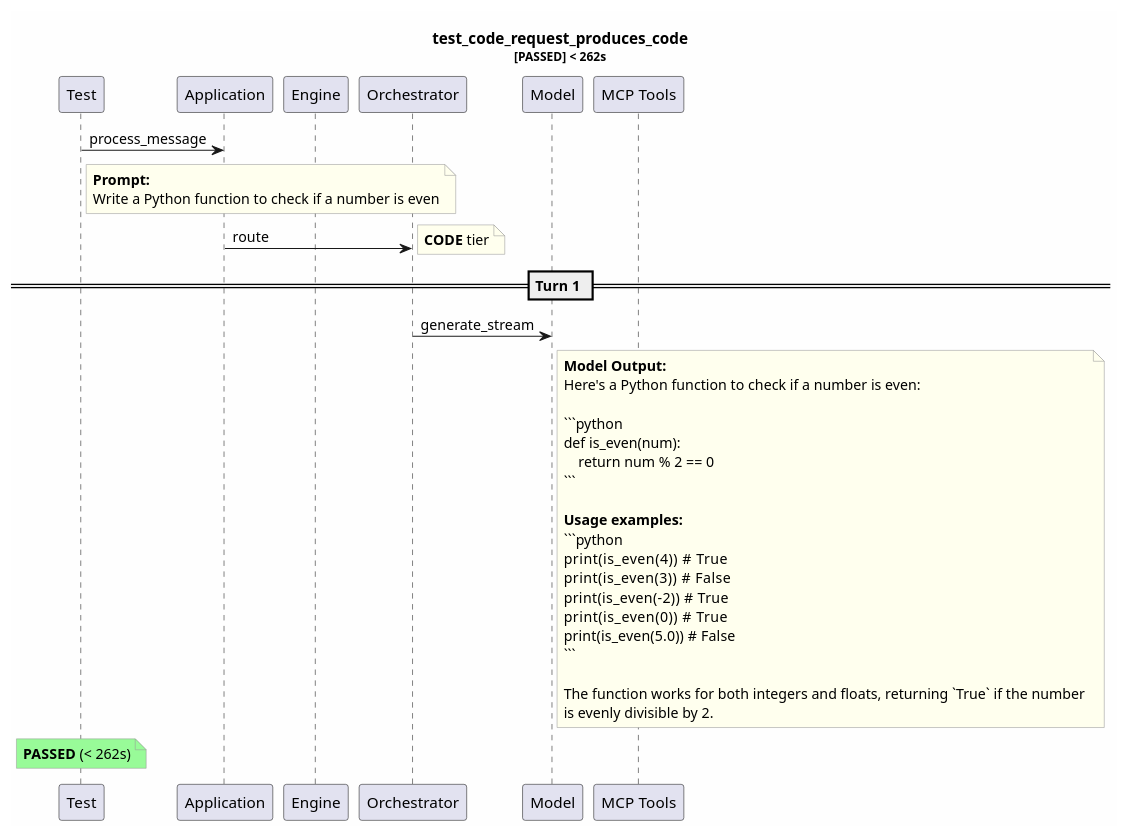
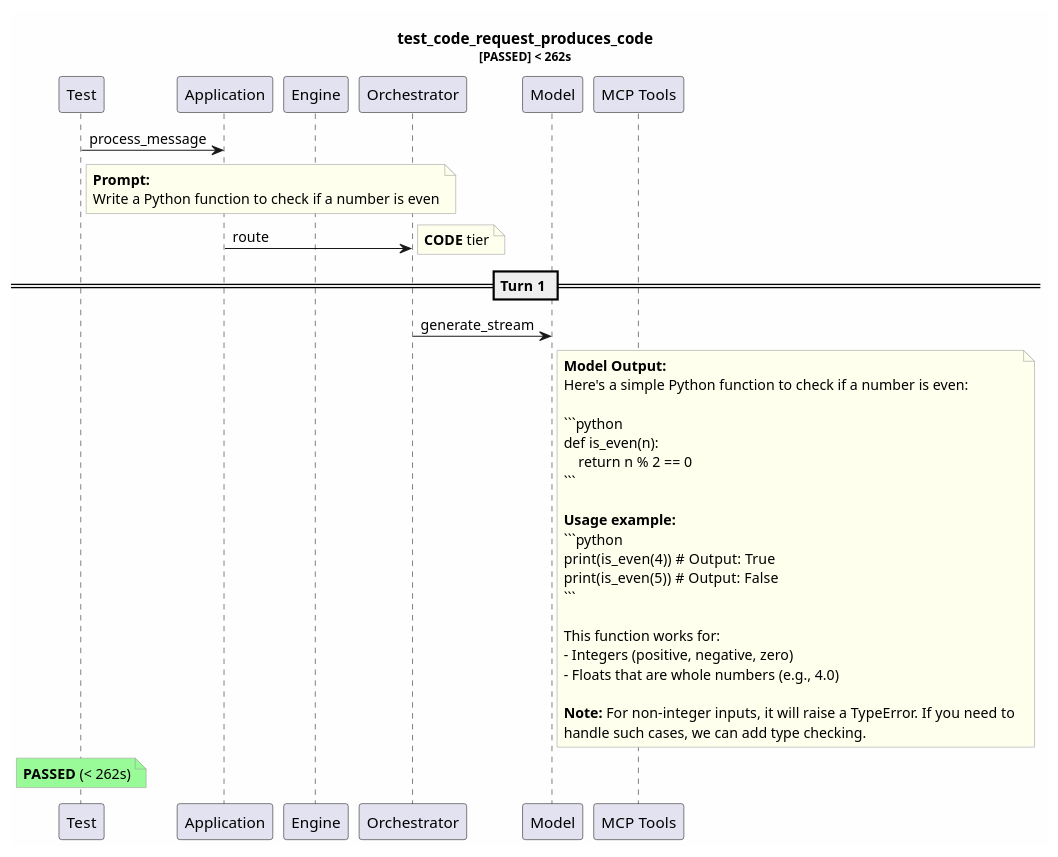
One commit to tvanfossen/entropic changed the diagram in test-reports/logs/test_code_request_produces_code/test_code_request_produces_code.puml. Above: the diagram before and after it, drawn with PlantUML. The commit also changed 57 other files, not shown here.

````diff
--- a/test-reports/logs/test_code_request_produces_code/test_code_request_produces_code.puml
+++ b/test-reports/logs/test_code_request_produces_code/test_code_request_produces_code.puml
@@ -1,48 +1,49 @@
 @startuml
 skinparam backgroundColor #FEFEFE
 skinparam noteBorderColor #999999
 skinparam noteBackgroundColor #FFFFEE
 title test_code_request_produces_code\n<size:11>[PASSED] < 262s</size>
 
 participant "Test" as T
 participant "Application" as App
 participant "Engine" as Eng
 participant "Orchestrator" as Orch
 participant "Model" as Mdl
 participant "MCP Tools" as MCP
 
 T -> App: process_message
 note right of T
   **Prompt:**
   Write a Python function to check if a number is even
 end note
 App -> Orch: route
 note right: **CODE** tier
 == Turn 1 ==
 Orch -> Mdl: generate_stream
 note right of Mdl
   **Model Output:**
-  Here's a Python function to check if a number is even:
+  Here's a simple Python function to check if a number is even:
   
   ```python
-  def is_even(num):
-      return num % 2 == 0
+  def is_even(n):
+      return n % 2 == 0
   ```
   
-  **Usage examples:**
+  **Usage example:**
   ```python
-  print(is_even(4))    # True
-  print(is_even(3))    # False
-  print(is_even(-2))   # True
-  print(is_even(0))    # True
-  print(is_even(5.0))  # False
+  print(is_even(4))  # Output: True
+  print(is_even(5))  # Output: False
   ```
   
-  The function works for both integers and floats, returning `True` if the number 
-  is evenly divisible by 2.
+  This function works for:
+  - Integers (positive, negative, zero)
+  - Floats that are whole numbers (e.g., 4.0)
+  
+  **Note:** For non-integer inputs, it will raise a TypeError. If you need to 
+  handle such cases, we can add type checking.
 end note
 note over T #palegreen
   **PASSED** (< 262s)
 end note
 
 @enduml
````
